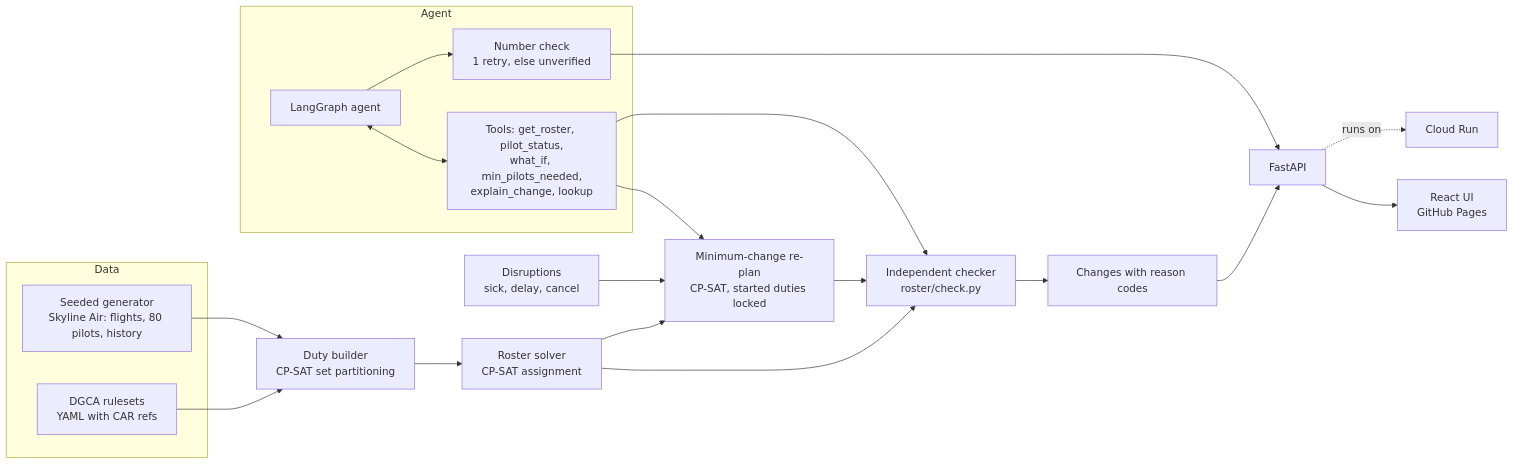
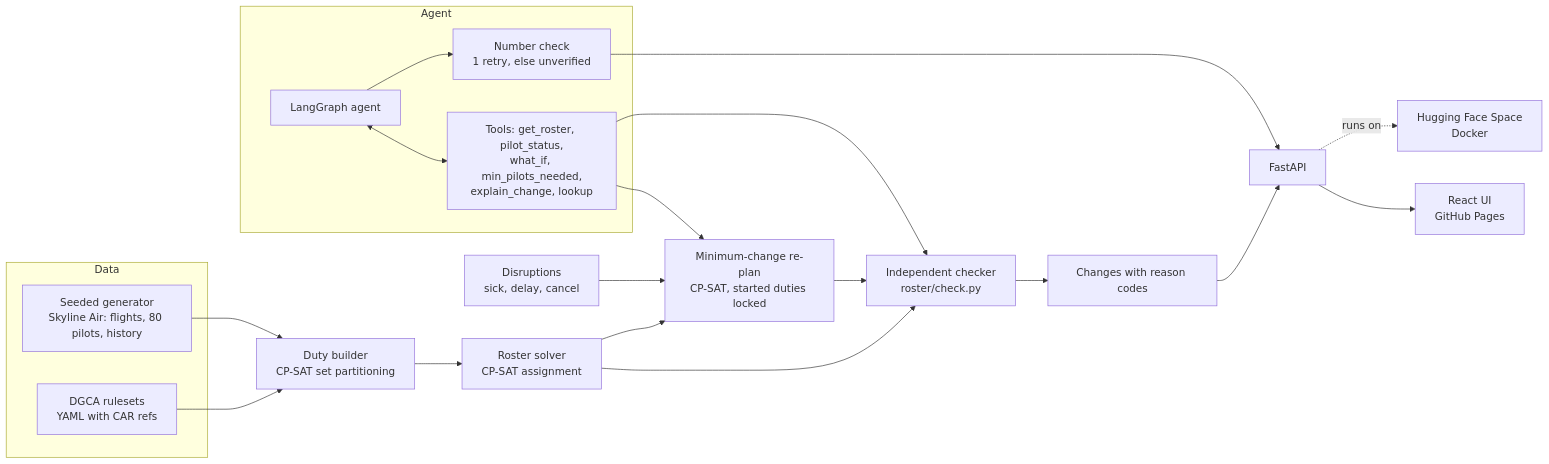
The diagram in README.md (KrtiinSharma/crew-roster-copilot), drawn with Mermaid before and after one commit. The commit also changed other lines of this file and 7 other files, not shown here.

First line of the commit message:
feat(deploy): free backend hosting on a Hugging Face Space

````diff
--- a/README.md
+++ b/README.md
@@ -23,25 +23,25 @@
 ```mermaid
 flowchart LR
     subgraph Data
       G[Seeded generator<br/>Skyline Air: flights, 80 pilots, history]
       R[DGCA rulesets<br/>YAML with CAR refs]
     end
     G --> D[Duty builder<br/>CP-SAT set partitioning]
     R --> D
     D --> S[Roster solver<br/>CP-SAT assignment]
     S --> C[Independent checker<br/>roster/check.py]
     X[Disruptions<br/>sick, delay, cancel] --> P[Minimum-change re-plan<br/>CP-SAT, started duties locked]
     S --> P
     P --> C
     C --> F[Changes with reason codes]
     subgraph Agent
       A[LangGraph agent] <--> T[Tools: get_roster, pilot_status,<br/>what_if, min_pilots_needed,<br/>explain_change, lookup]
       A --> N[Number check<br/>1 retry, else unverified]
     end
     T --> P
     T --> C
     F --> API[FastAPI]
     N --> API
     API --> UI[React UI<br/>GitHub Pages]
-    API -.runs on.-> CR[Cloud Run]
+    API -.runs on.-> CR[Hugging Face Space<br/>Docker]
 ```
````
